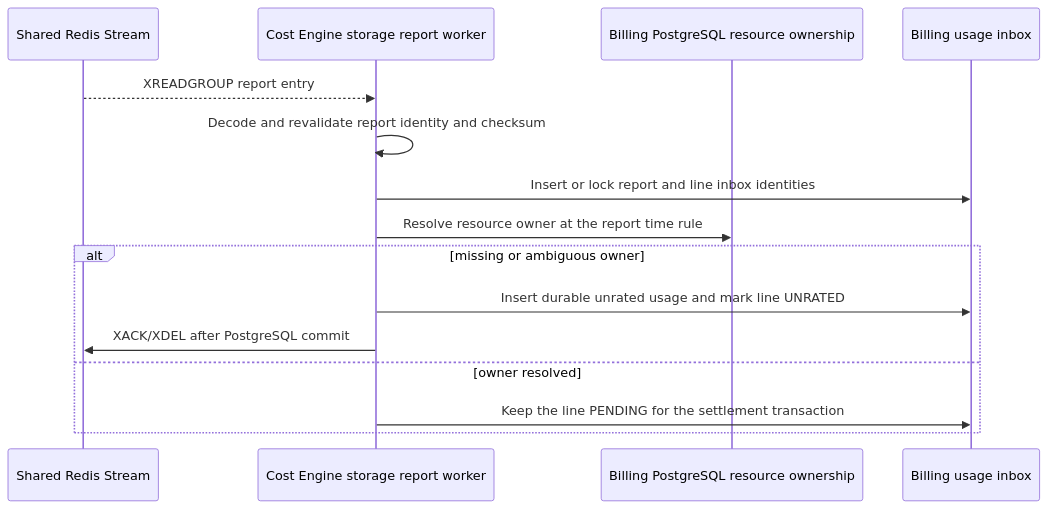
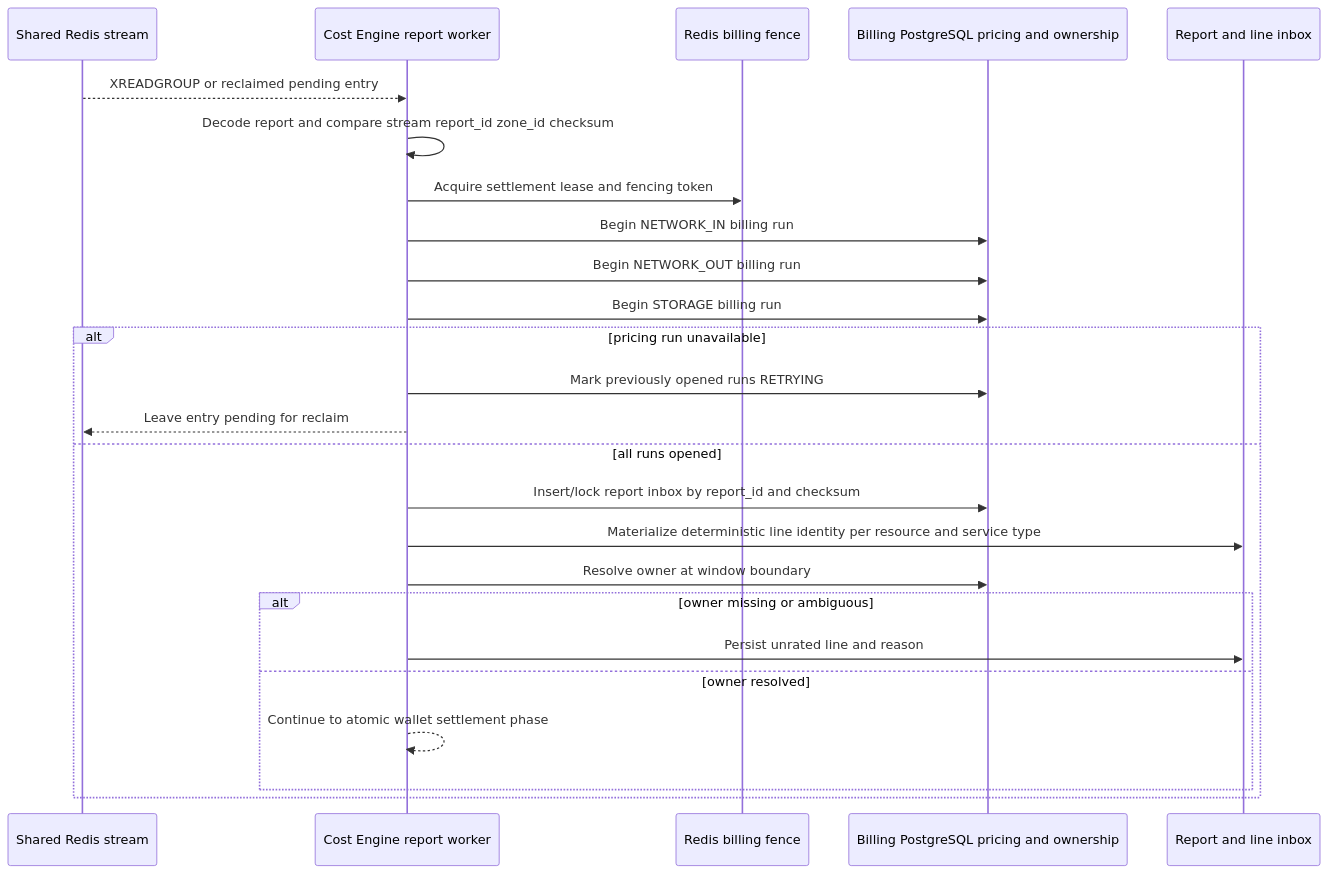
One commit to phucle996/aurora changed the second of 3 diagrams in god_view/billing/billing_storage_usage_settlement_god_view_workflow.md. Above: the diagram before and after it, drawn with Mermaid. The commit also changed other lines of this file and 59 other files, not shown here.

Commit message:
refactor: complete zone-local storage metering cutover

````diff
--- a/god_view/billing/billing_storage_usage_settlement_god_view_workflow.md
+++ b/god_view/billing/billing_storage_usage_settlement_god_view_workflow.md
@@ -74,18 +73,28 @@
 ```mermaid
 sequenceDiagram
-    participant R as Shared Redis Stream
-    participant E as Cost Engine storage report worker
-    participant B as Billing PostgreSQL resource ownership
-    participant I as Billing usage inbox
+    participant R as Shared Redis stream
+    participant E as Cost Engine report worker
+    participant F as Redis billing fence
+    participant B as Billing PostgreSQL pricing and ownership
+    participant I as Report and line inbox
 
-    R-->>E: XREADGROUP report entry
-    E->>E: Decode and revalidate report identity and checksum
-    E->>I: Insert or lock report and line inbox identities
-    E->>B: Resolve resource owner at the report time rule
-    alt missing or ambiguous owner
-        E->>I: Insert durable unrated usage and mark line UNRATED
-        E->>R: XACK/XDEL after PostgreSQL commit
-    else owner resolved
-        E->>I: Keep the line PENDING for the settlement transaction
+    R-->>E: XREADGROUP or reclaimed pending entry
+    E->>E: Decode report and compare stream report_id zone_id checksum
+    E->>F: Acquire settlement lease and fencing token
+    E->>B: Begin NETWORK_IN billing run
+    E->>B: Begin NETWORK_OUT billing run
+    E->>B: Begin STORAGE billing run
+    alt pricing run unavailable
+        E->>B: Mark previously opened runs RETRYING
+        E-->>R: Leave entry pending for reclaim
+    else all runs opened
+        E->>B: Insert/lock report inbox by report_id and checksum
+        E->>I: Materialize deterministic line identity per resource and service type
+        E->>B: Resolve owner at window boundary
+        alt owner missing or ambiguous
+            E->>I: Persist unrated line and reason
+        else owner resolved
+            E-->>E: Continue to atomic wallet settlement phase
+        end
     end
 ```
````
